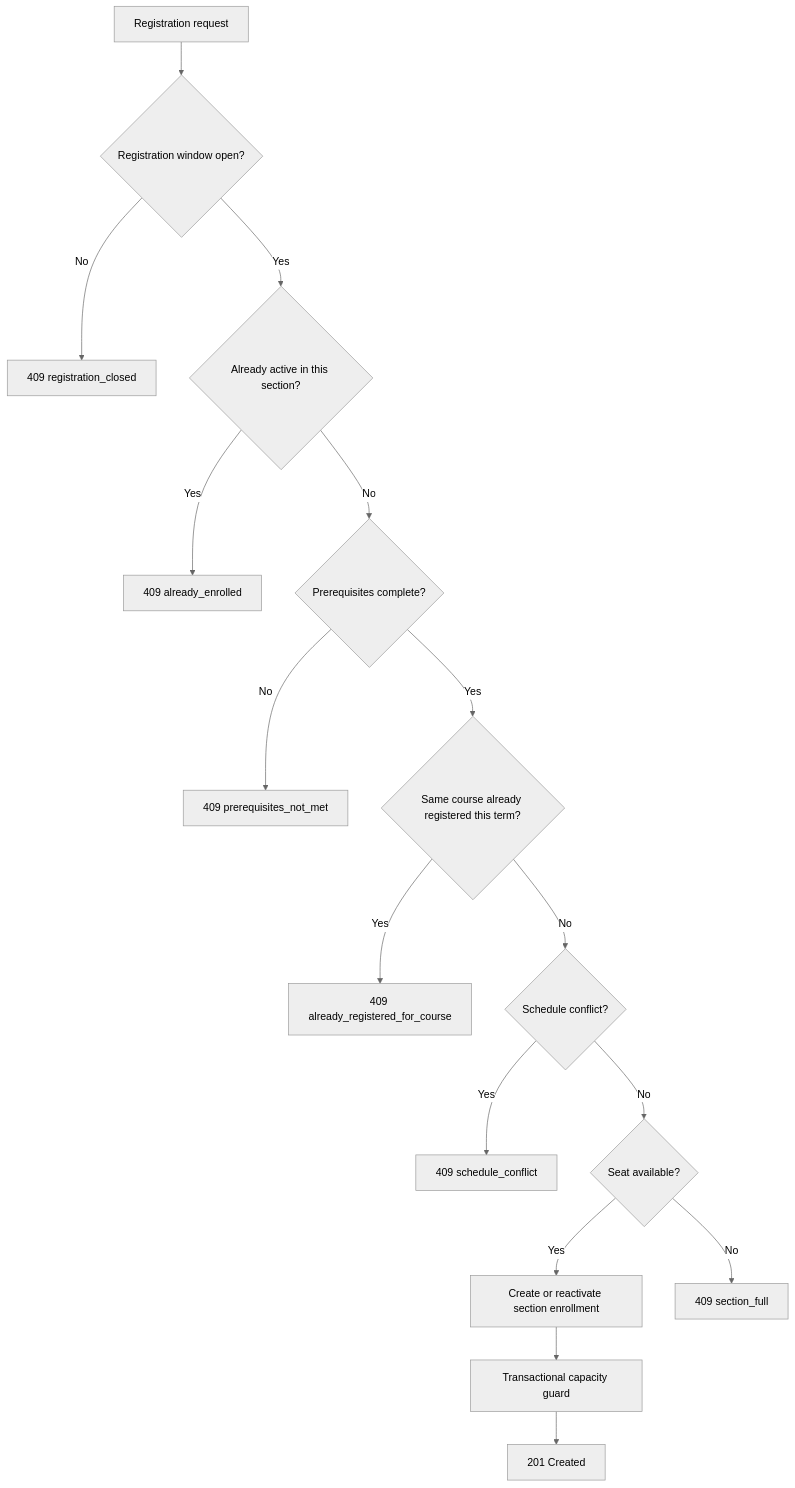
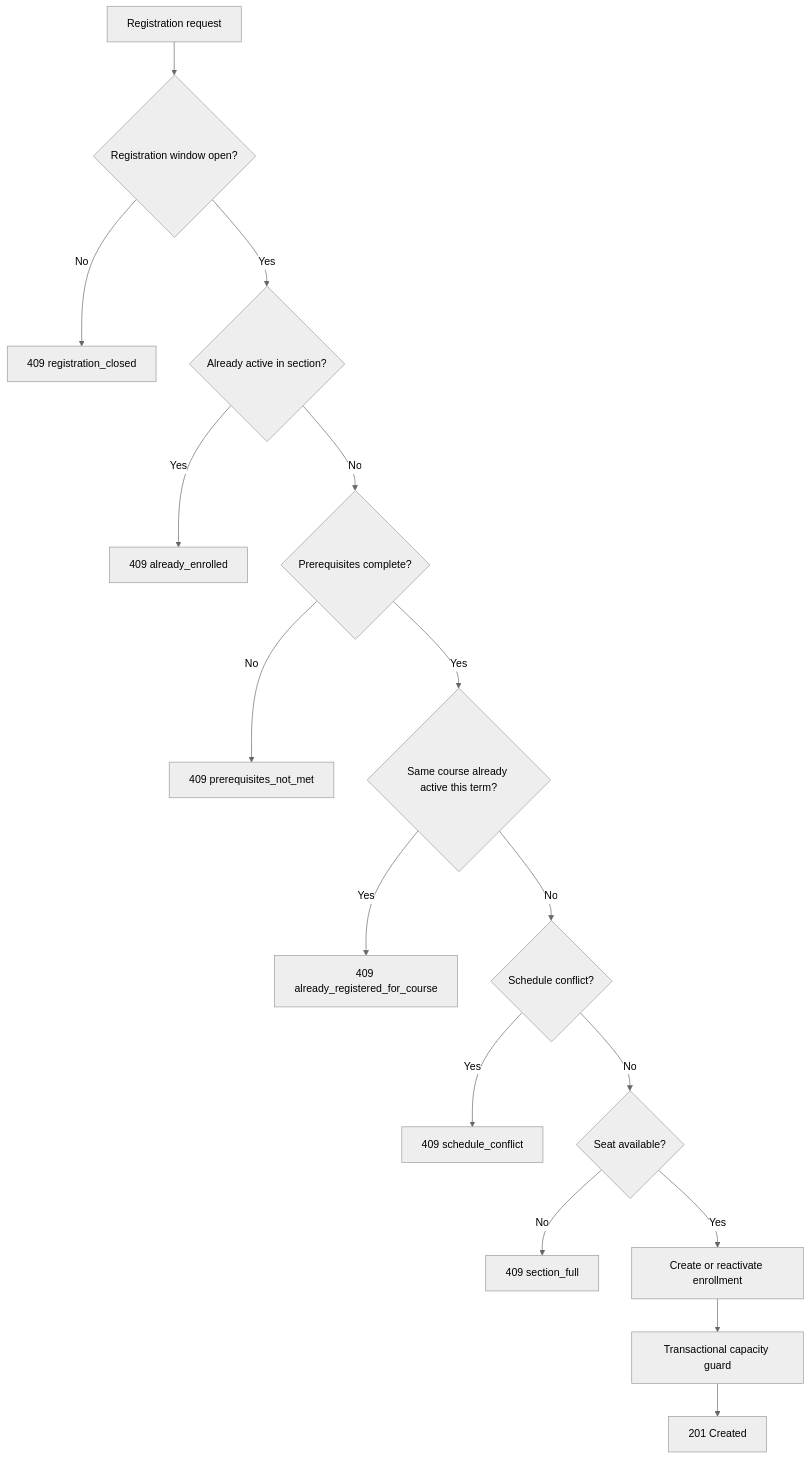
One commit to PerpsAkach/course-registration-api changed the second of 2 diagrams in README.md. Above: the diagram before and after it, drawn with Mermaid (neutral theme). The commit also changed other lines of this file, not shown here.

````diff
--- a/README.md
+++ b/README.md
@@ -171,18 +99,18 @@
 ```mermaid
 flowchart TD
     A[Registration request] --> B{Registration window open?}
     B -- No --> X1[409 registration_closed]
-    B -- Yes --> C{Already active in this section?}
+    B -- Yes --> C{Already active in section?}
     C -- Yes --> X2[409 already_enrolled]
     C -- No --> D{Prerequisites complete?}
     D -- No --> X3[409 prerequisites_not_met]
-    D -- Yes --> E{Same course already registered this term?}
+    D -- Yes --> E{Same course already active this term?}
     E -- Yes --> X4[409 already_registered_for_course]
     E -- No --> F{Schedule conflict?}
     F -- Yes --> X5[409 schedule_conflict]
     F -- No --> G{Seat available?}
-    G -- Yes --> H[Create or reactivate section enrollment]
     G -- No --> X6[409 section_full]
+    G -- Yes --> H[Create or reactivate enrollment]
     H --> I[Transactional capacity guard]
     I --> J[201 Created]
 ```
````
